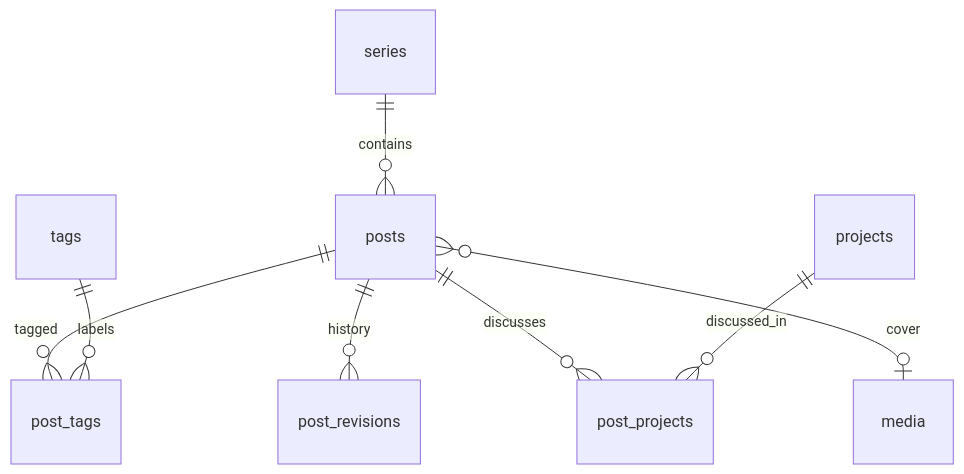
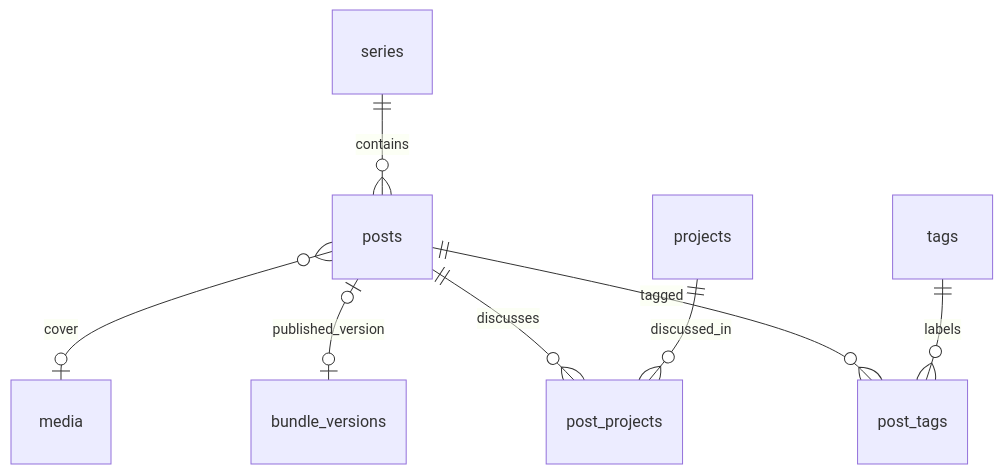
The third of 6 diagrams in docs/07-database-design.md (eyasir329/portfolio), drawn with Mermaid before and after one commit. The commit also changed other lines of this file and 25 other files, not shown here.

````diff
--- a/docs/07-database-design.md
+++ b/docs/07-database-design.md
@@ -78,10 +93,10 @@
 ```mermaid
 erDiagram
   posts ||--o{ post_tags : tagged
   tags ||--o{ post_tags : labels
   series ||--o{ posts : contains
-  posts ||--o{ post_revisions : history
   posts ||--o{ post_projects : discusses
   projects ||--o{ post_projects : discussed_in
+  posts |o--o| bundle_versions : published_version
   posts }o--o| media : cover
 ```
````
